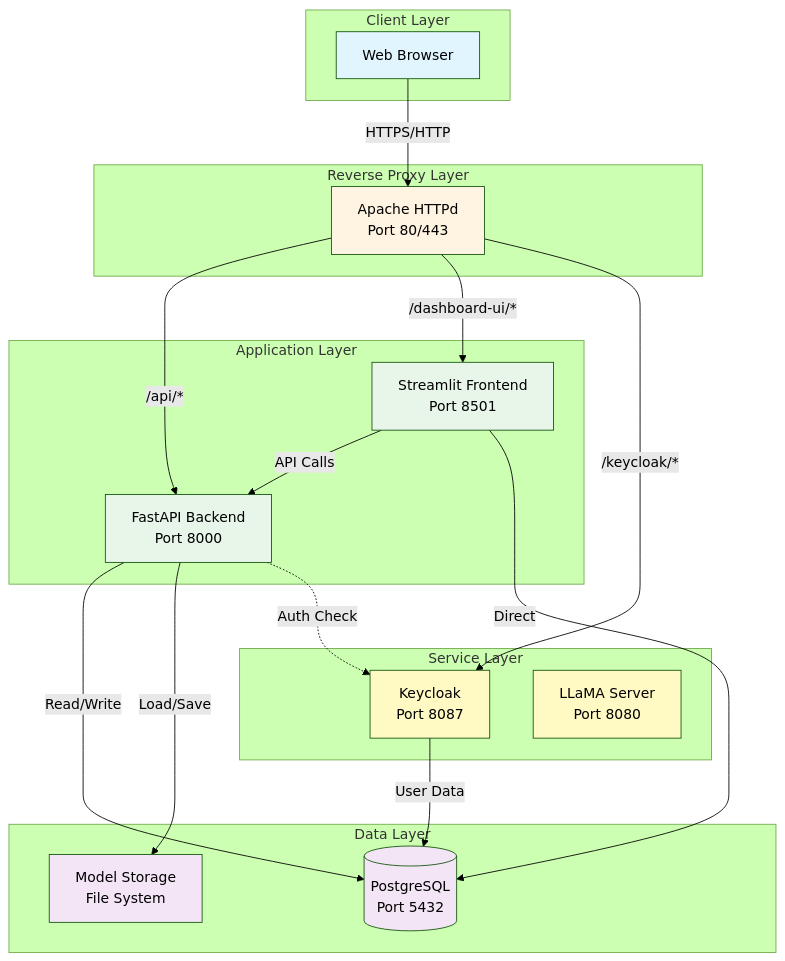
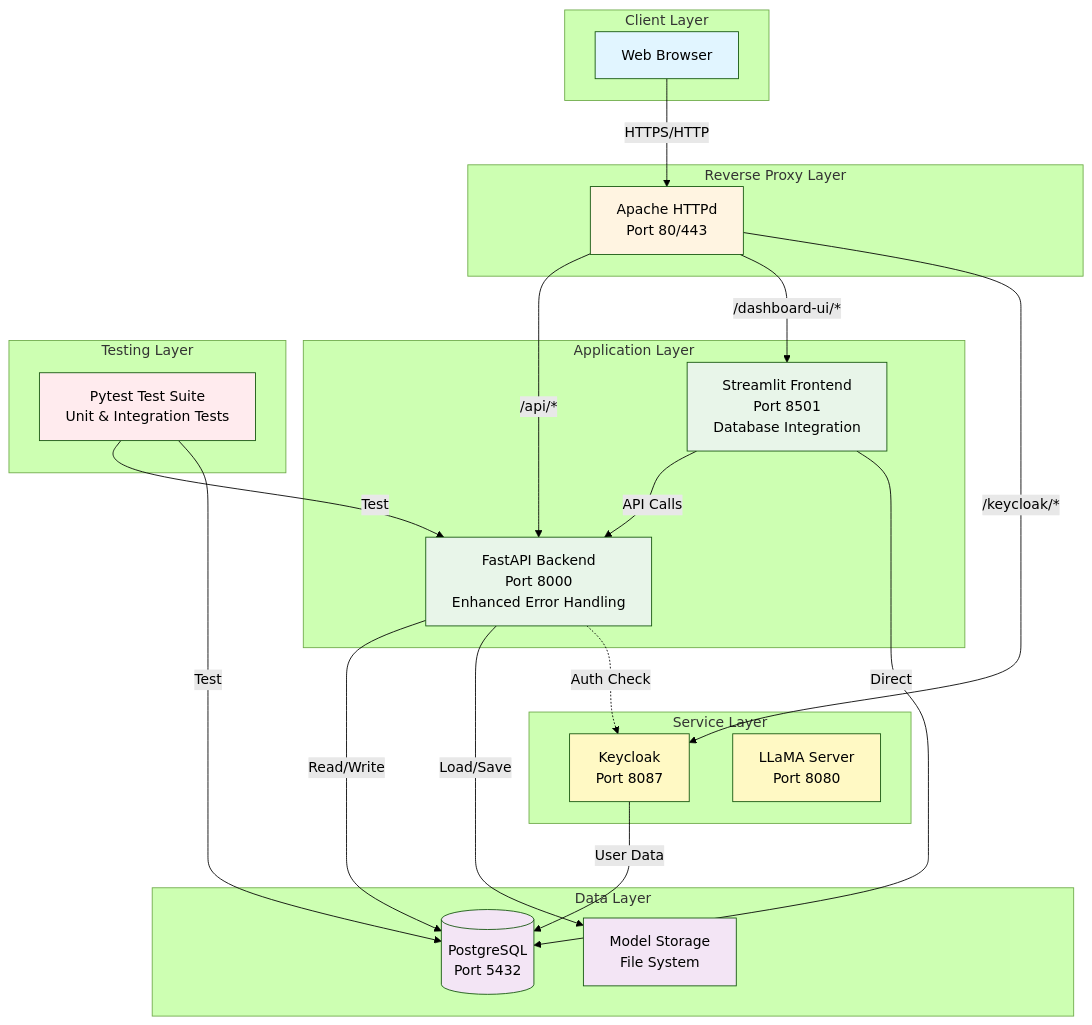
Before and after one commit to sweetd0vee/dashboard: the first of 16 diagrams in docs/ARCHITECTURE.md, drawn with Mermaid (forest theme). The commit also changed other lines of this file, not shown here.

Commit message:
added architecture

````diff
--- a/docs/ARCHITECTURE.md
+++ b/docs/ARCHITECTURE.md
@@ -35,47 +41,55 @@
 ```mermaid
 graph TB
     subgraph "Client Layer"
         Browser[Web Browser]
     end
     
     subgraph "Reverse Proxy Layer"
         HTTPd[Apache HTTPd<br/>Port 80/443]
     end
     
     subgraph "Application Layer"
-        API[FastAPI Backend<br/>Port 8000]
-        UI[Streamlit Frontend<br/>Port 8501]
+        API[FastAPI Backend<br/>Port 8000<br/>Enhanced Error Handling]
+        UI[Streamlit Frontend<br/>Port 8501<br/>Database Integration]
     end
     
     subgraph "Service Layer"
         Auth[Keycloak<br/>Port 8087]
         LLM[LLaMA Server<br/>Port 8080]
     end
     
     subgraph "Data Layer"
         DB[(PostgreSQL<br/>Port 5432)]
         Models[Model Storage<br/>File System]
+    end
+    
+    subgraph "Testing Layer"
+        Tests[Pytest Test Suite<br/>Unit & Integration Tests]
     end
     
     Browser -->|HTTPS/HTTP| HTTPd
     HTTPd -->|/api/*| API
     HTTPd -->|/dashboard-ui/*| UI
     HTTPd -->|/keycloak/*| Auth
     
     API -->|Read/Write| DB
     API -->|Load/Save| Models
     UI -->|API Calls| API
     UI -->|Direct| DB
     
     Auth -->|User Data| DB
     API -.->|Auth Check| Auth
     
+    Tests -->|Test| API
+    Tests -->|Test| DB
+    
     style Browser fill:#e1f5ff
     style HTTPd fill:#fff4e1
     style API fill:#e8f5e9
     style UI fill:#e8f5e9
     style DB fill:#f3e5f5
     style Models fill:#f3e5f5
     style Auth fill:#fff9c4
     style LLM fill:#fff9c4
+    style Tests fill:#ffebee
 ```
````
